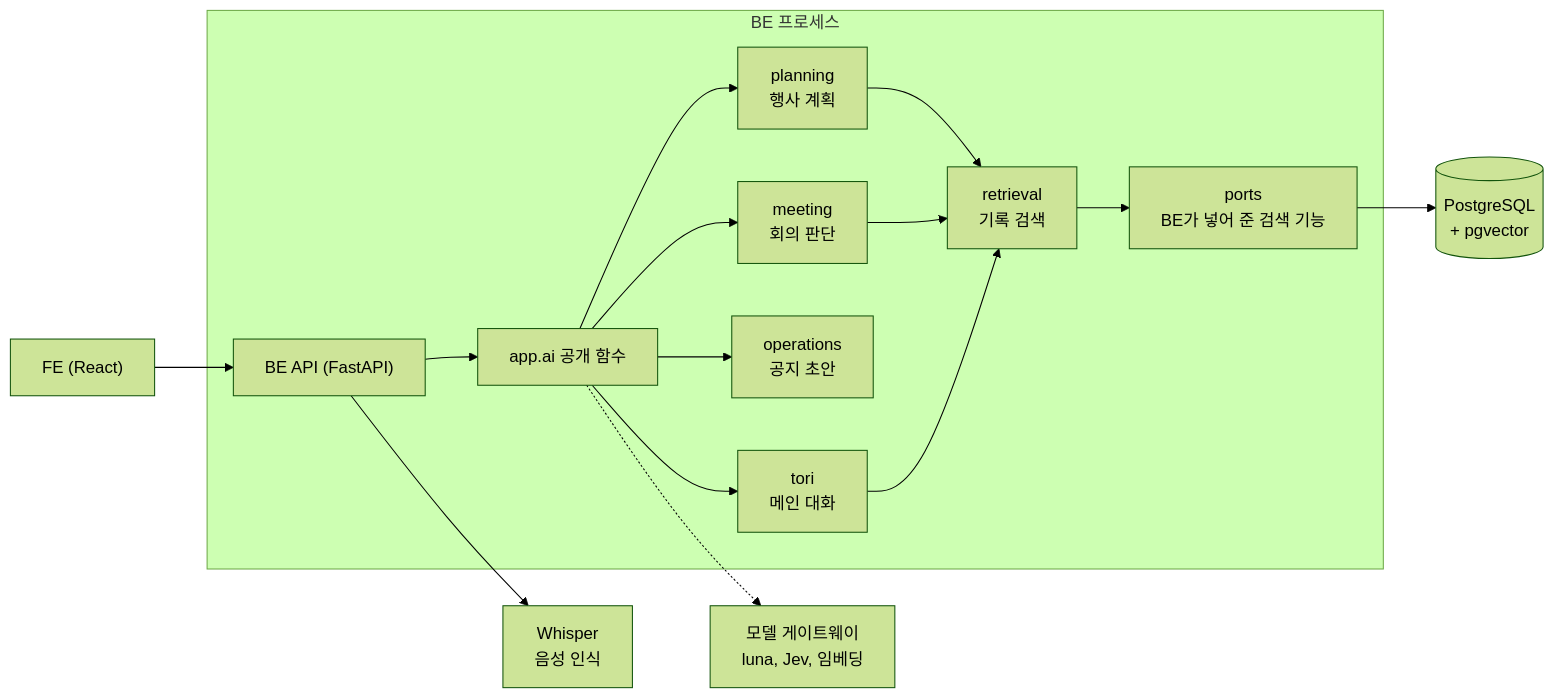
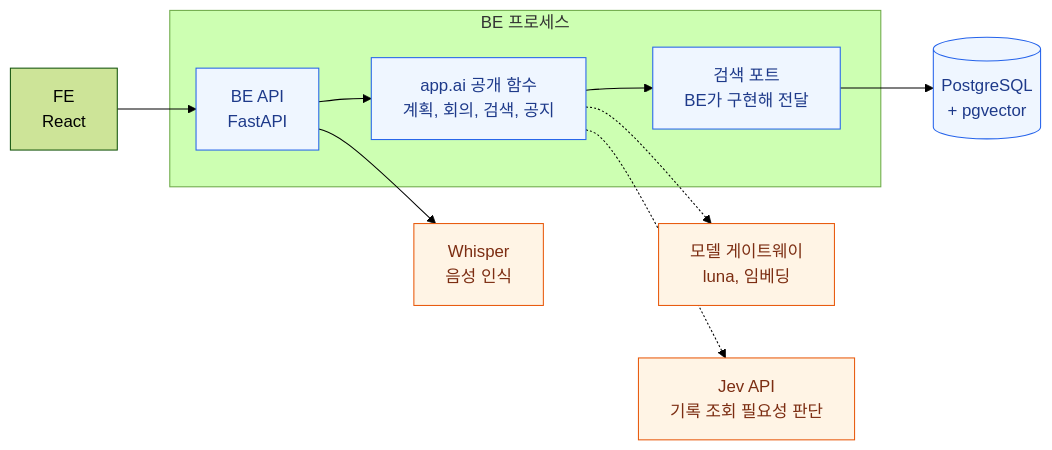
The fourth of 4 diagrams in be/app/ai/README.md (kakaotechcampus-4/ktc4-kyungpook-5), drawn with Mermaid (forest theme) before and after one commit. The commit also changed other lines of this file, not shown here.

````diff
--- a/be/app/ai/README.md
+++ b/be/app/ai/README.md
@@ -285,20 +270,19 @@
 ```mermaid
-graph LR
-    FE["FE (React)"] --> API["BE API (FastAPI)"]
+flowchart LR
+    FE["FE<br/>React"] --> API
 
     subgraph BE["BE 프로세스"]
-        API --> Public["app.ai 공개 함수"]
-        Public --> Planning["planning<br/>행사 계획"]
-        Public --> Meeting["meeting<br/>회의 판단"]
-        Public --> Ops["operations<br/>공지 초안"]
-        Public --> Tori["tori<br/>메인 대화"]
-        Planning --> Retrieval["retrieval<br/>기록 검색"]
-        Meeting --> Retrieval
-        Tori --> Retrieval
-        Retrieval --> Ports["ports<br/>BE가 넣어 준 검색 기능"]
+        API["BE API<br/>FastAPI"] --> AI["app.ai 공개 함수<br/>계획, 회의, 검색, 공지"]
+        AI --> Ports["검색 포트<br/>BE가 구현해 전달"]
     end
 
     Ports --> DB[("PostgreSQL<br/>+ pgvector")]
     API --> STT["Whisper<br/>음성 인식"]
-    Public -.-> Models["모델 게이트웨이<br/>luna, Jev, 임베딩"]
+    AI -.-> Models["모델 게이트웨이<br/>luna, 임베딩"]
+    AI -.-> Jev["Jev API<br/>기록 조회 필요성 판단"]
+
+    classDef server fill:#eff6ff,stroke:#2563eb,color:#1e3a8a
+    classDef model fill:#fff4e5,stroke:#e8590c,color:#7c2d12
+    class API,AI,Ports,DB server
+    class STT,Models,Jev model
 ```
````
